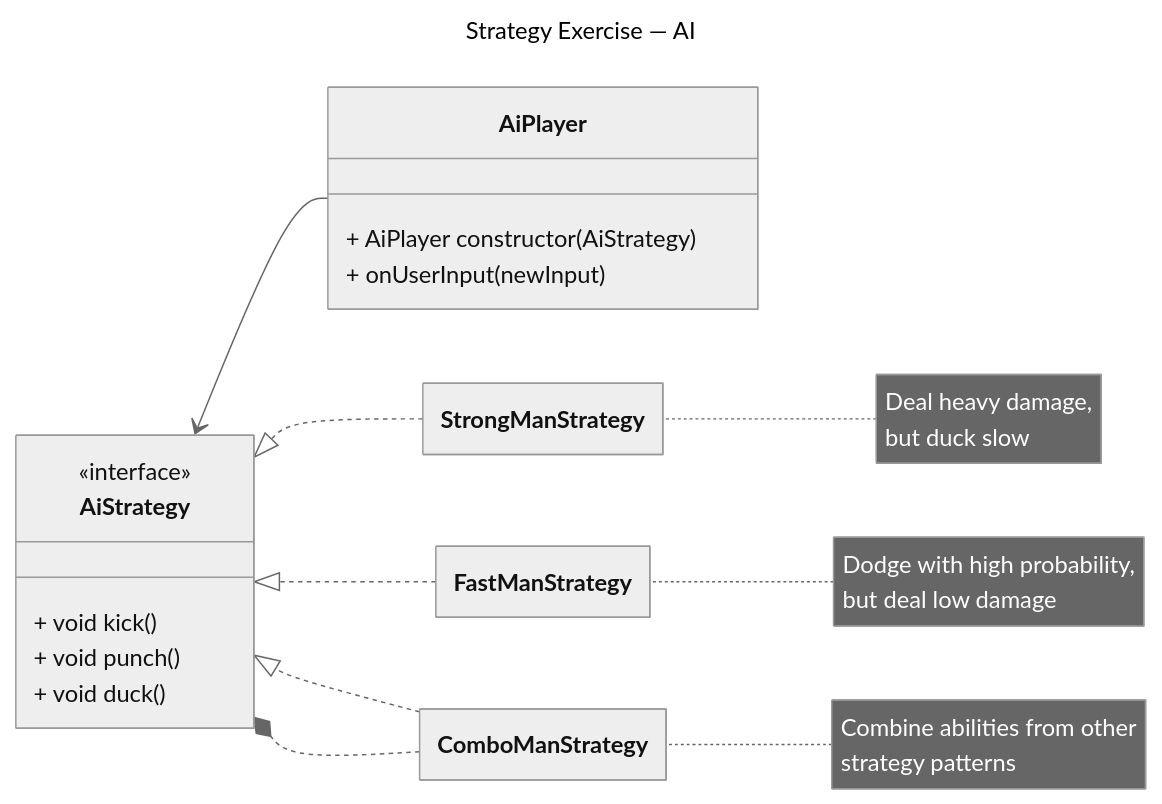
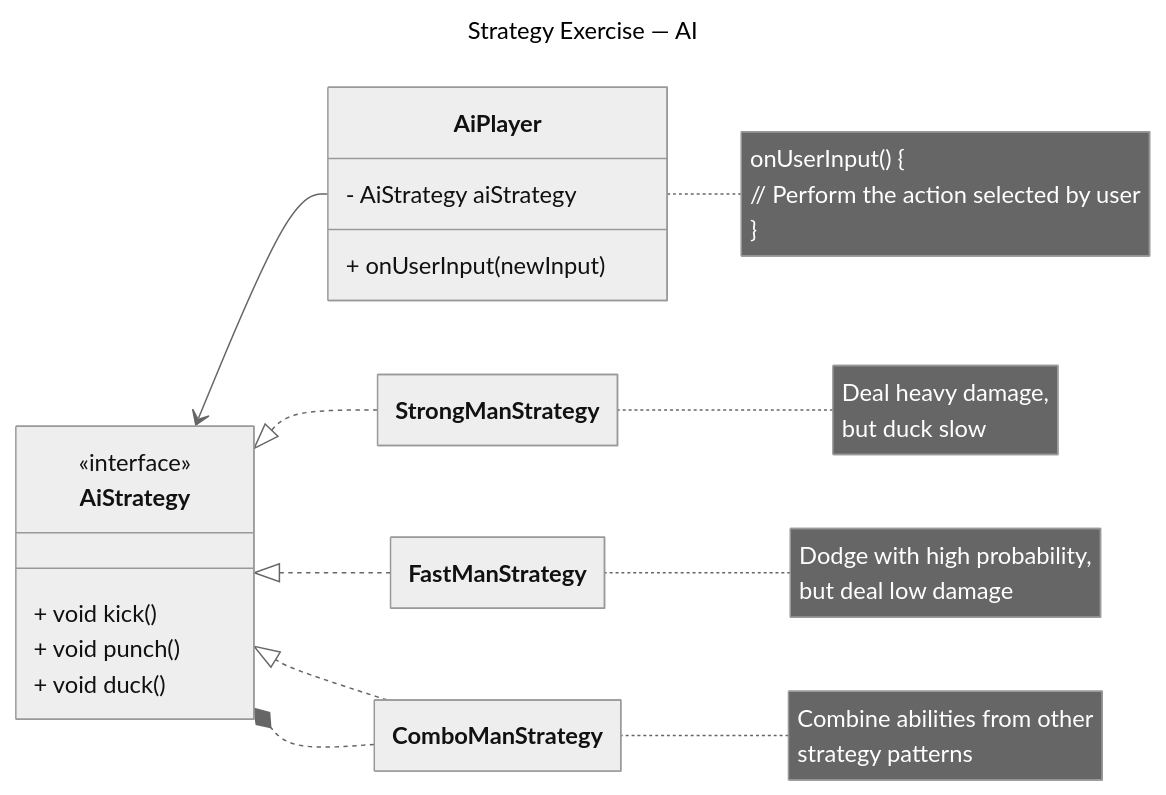
Before and after one commit to frozenfrank/cs340-assignments: the fourth of 4 diagrams in README.md, drawn with Mermaid (neutral theme). The commit also changed other lines of this file, not shown here.

````diff
--- a/README.md
+++ b/README.md
@@ -147,31 +149,32 @@
 ```mermaid
 ---
 title: Strategy Exercise — AI
 config:
   class:
     hideEmptyMembersBox: true
 ---
 classDiagram
 direction RL
 
 class AiStrategy {
   <<interface>>
   + void kick()
   + void punch()
   + void duck()
 }
 
-AiPlayer : + AiPlayer constructor(AiStrategy)
+AiPlayer : - AiStrategy aiStrategy
 AiPlayer : + onUserInput(newInput)
 AiPlayer --> AiStrategy
+note for AiPlayer "onUserInput() {<br>// Perform the action selected by user<br>}"
 
 StrongManStrategy ..|> AiStrategy
 FastManStrategy ..|> AiStrategy
 ComboManStrategy ..|> AiStrategy
 
 ComboManStrategy ..* AiStrategy
 
 note for StrongManStrategy "Deal heavy damage,<br> but duck slow"
 note for FastManStrategy "Dodge with high probability,<br> but deal low damage"
 note for ComboManStrategy "Combine abilities from other<br> strategy patterns"
 ```
````
